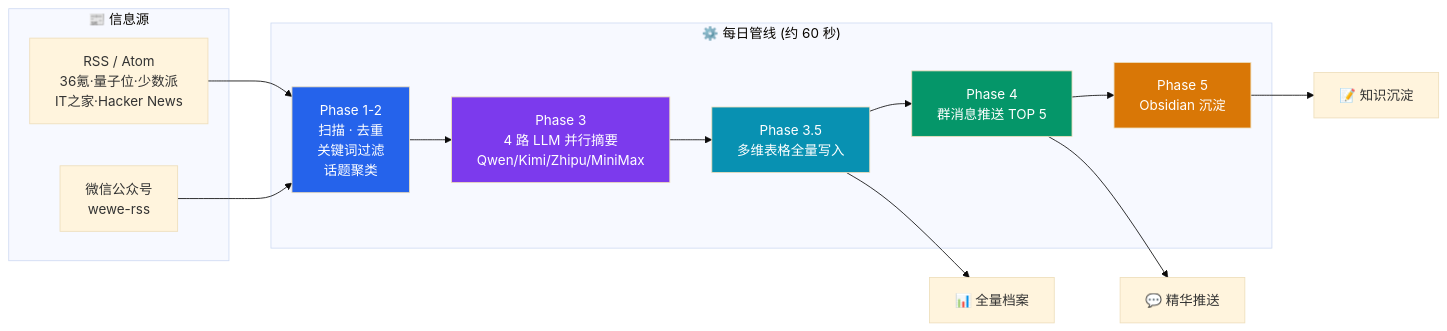
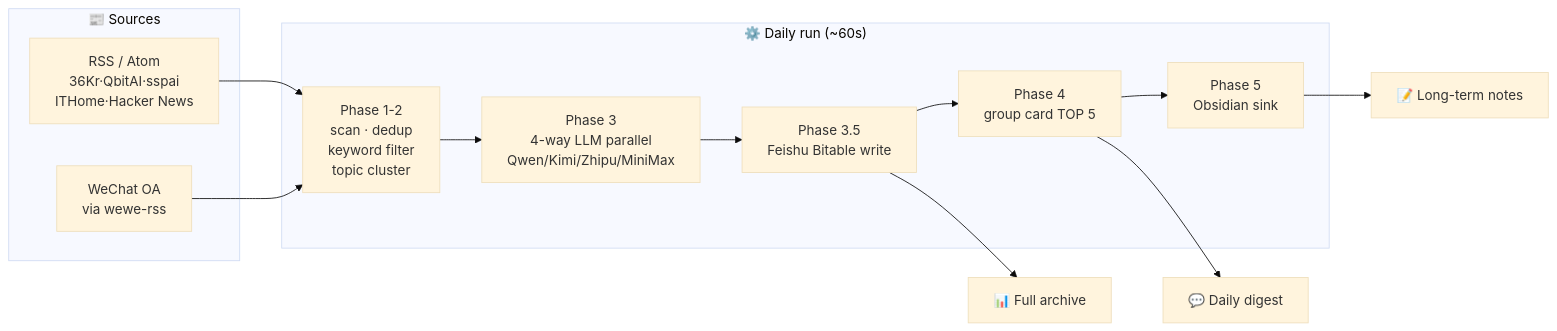
The diagram in README.md (davyzhong/DavyLinks), drawn with Mermaid (base theme) before and after one commit. The commit also changed other lines of this file and 1 other file, not shown here.

````diff
--- a/README.md
+++ b/README.md
@@ -34,28 +60,22 @@
 ```mermaid
 flowchart LR
-    subgraph Sources["📰 信息源"]
-        RSS["RSS / Atom<br/>36氪·量子位·少数派<br/>IT之家·Hacker News"]
-        WX["微信公众号<br/>wewe-rss"]
+    subgraph Sources["📰 Sources"]
+        RSS["RSS / Atom<br/>36Kr·QbitAI·sspai<br/>ITHome·Hacker News"]
+        WX["WeChat OA<br/>via wewe-rss"]
     end
 
-    subgraph Pipeline["⚙️ 每日管线 (约 60 秒)"]
-        A["Phase 1-2<br/>扫描 · 去重<br/>关键词过滤<br/>话题聚类"]
-        B["Phase 3<br/>4 路 LLM 并行摘要<br/>Qwen/Kimi/Zhipu/MiniMax"]
-        C["Phase 3.5<br/>多维表格全量写入"]
-        D["Phase 4<br/>群消息推送 TOP 5"]
-        E["Phase 5<br/>Obsidian 沉淀"]
+    subgraph Pipeline["⚙️ Daily run (~60s)"]
+        A["Phase 1-2<br/>scan · dedup<br/>keyword filter<br/>topic cluster"]
+        B["Phase 3<br/>4-way LLM parallel<br/>Qwen/Kimi/Zhipu/MiniMax"]
+        C["Phase 3.5<br/>Feishu Bitable write"]
+        D["Phase 4<br/>group card TOP 5"]
+        E["Phase 5<br/>Obsidian sink"]
         A --> B --> C --> D --> E
     end
 
     RSS --> A
     WX --> A
-    C --> T1["📊 全量档案"]
-    D --> T2["💬 精华推送"]
-    E --> T3["📝 知识沉淀"]
-
-    style A fill:#2563EB,color:#fff
-    style B fill:#7C3AED,color:#fff
-    style C fill:#0891B2,color:#fff
-    style D fill:#059669,color:#fff
-    style E fill:#D97706,color:#fff
+    C --> T1["📊 Full archive"]
+    D --> T2["💬 Daily digest"]
+    E --> T3["📝 Long-term notes"]
 ```
````
